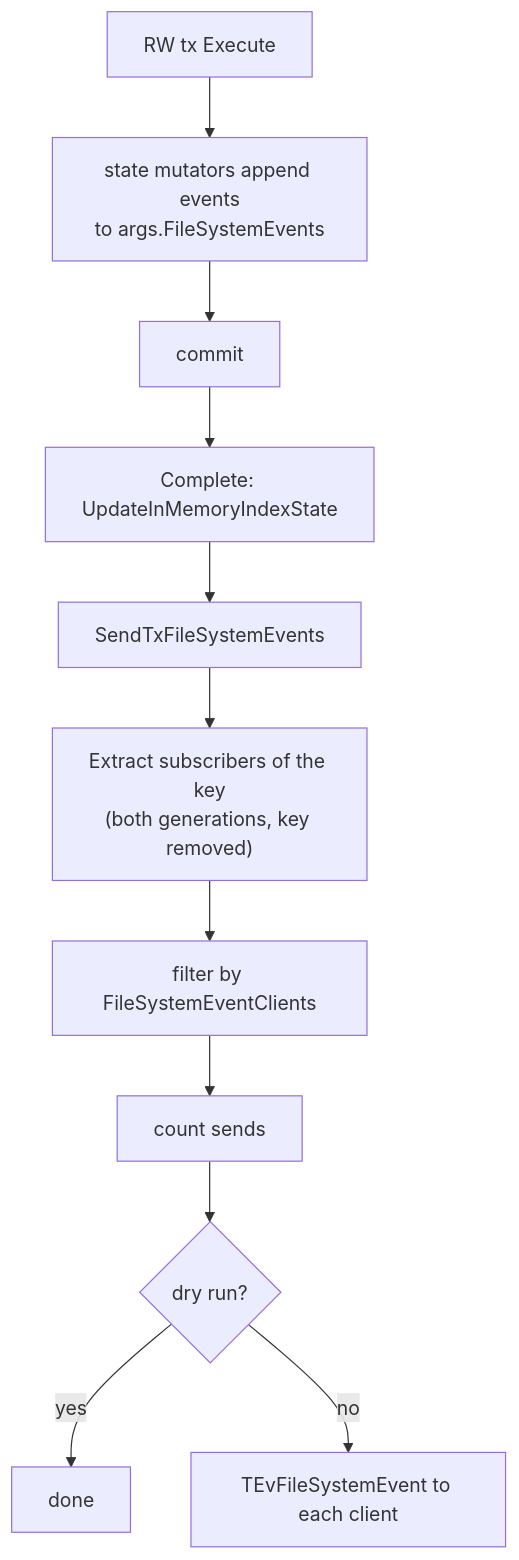
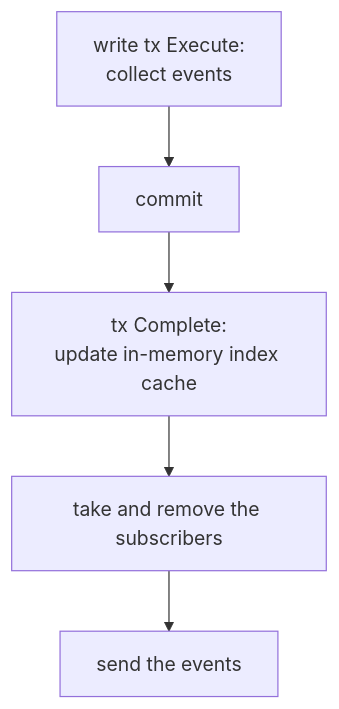
Before and after one commit to ydb-platform/nbs: the third of 4 diagrams in doc/filestore/design/cache/filesystem_events.md, drawn with Mermaid. The commit also changed other lines of this file, not shown here.

Commit message:
issue-6874: FileSystemEvents - doc - added xattrs and cache ttl

````diff
--- a/doc/filestore/design/cache/filesystem_events.md
+++ b/doc/filestore/design/cache/filesystem_events.md
@@ -67,13 +80,7 @@
 ```mermaid
 flowchart TD
-    W["RW tx Execute"] --> M["state mutators append events<br/>to args.FileSystemEvents"]
-    M --> Commit["commit"]
-    Commit --> U["Complete: UpdateInMemoryIndexState"]
-    U --> X["SendTxFileSystemEvents"]
-    X --> Ex["Extract subscribers of the key<br/>(both generations, key removed)"]
-    Ex --> F["filter by FileSystemEventClients"]
-    F --> Cnt["count sends"]
-    Cnt --> D{"dry run?"}
-    D -- yes --> Done["done"]
-    D -- no --> Send["TEvFileSystemEvent to each client"]
+    W["write tx Execute:<br/>collect events"] --> Commit["commit"]
+    Commit --> U["tx Complete:<br/>update in-memory index cache"]
+    U --> X["take and remove the subscribers"]
+    X --> Send["send the events"]
 ```
````
